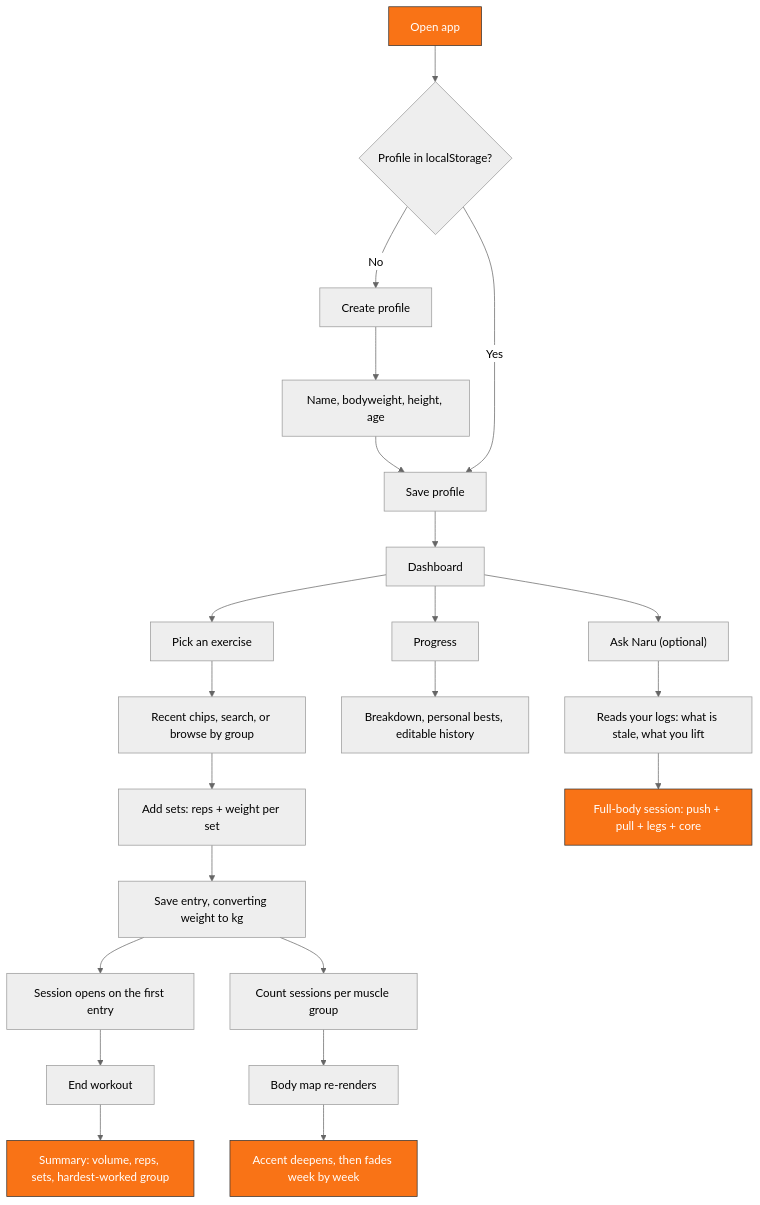
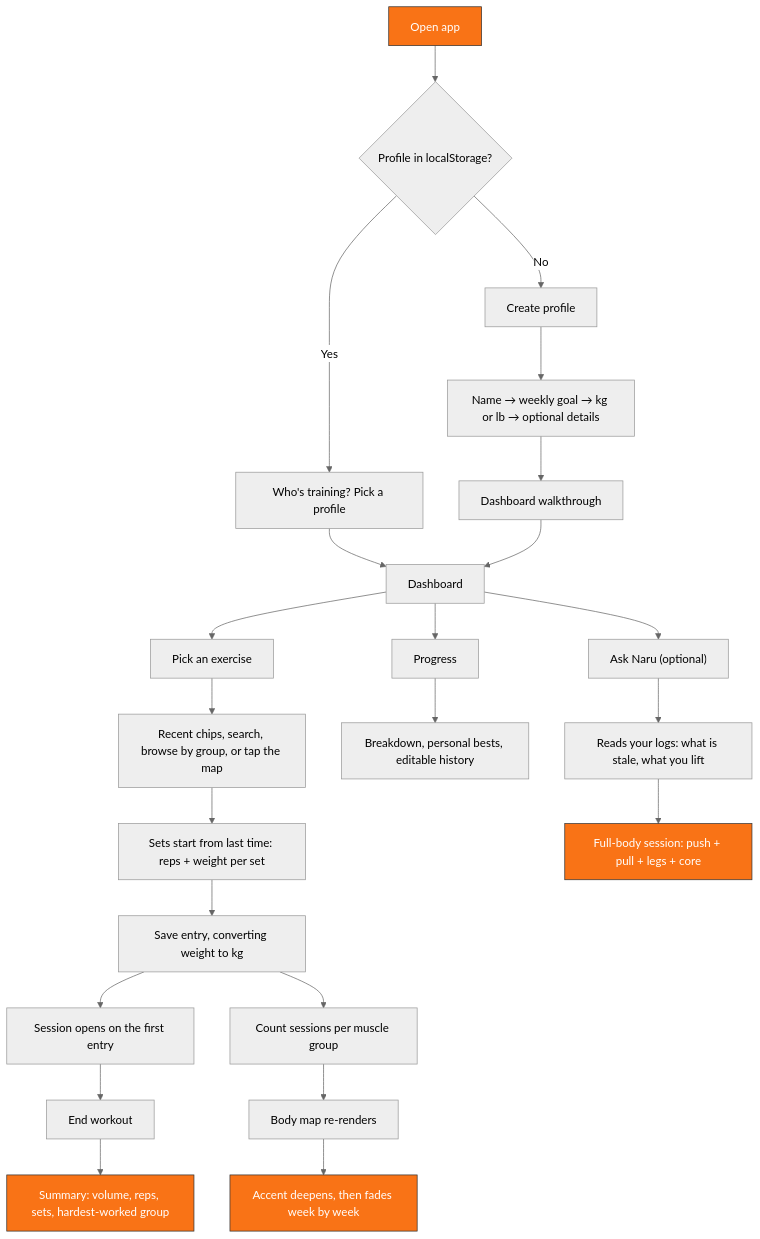
One commit to byjoelsamuel/workout-tracker changed the diagram in README.md. Above: the diagram before and after it, drawn with Mermaid (neutral theme). The commit also changed other lines of this file and 1 other file, not shown here.

````diff
--- a/README.md
+++ b/README.md
@@ -92,34 +108,35 @@
 ```mermaid
 flowchart TD
     A[Open app] --> B{Profile in localStorage?}
     B -- No --> C[Create profile]
-    C --> C1[Name, bodyweight, height, age]
-    C1 --> D[Save profile]
-    B -- Yes --> D
+    C --> C1["Name → weekly goal → kg or lb → optional details"]
+    C1 --> D[Dashboard walkthrough]
+    B -- Yes --> B1["Who's training? Pick a profile"]
+    B1 --> E
+    D --> E
 
-    D --> E[Dashboard]
-    E --> F[Pick an exercise]
-    F --> F1[Recent chips, search, or browse by group]
-    F1 --> F2[Add sets: reps + weight per set]
+    E[Dashboard] --> F[Pick an exercise]
+    F --> F1["Recent chips, search, browse by group, or tap the map"]
+    F1 --> F2["Sets start from last time: reps + weight per set"]
     F2 --> G[Save entry, converting weight to kg]
     G --> G1[Session opens on the first entry]
 
     G --> H[Count sessions per muscle group]
     H --> I[Body map re-renders]
     I --> I1[Accent deepens, then fades week by week]
 
     G1 --> L[End workout]
     L --> L1[Summary: volume, reps, sets, hardest-worked group]
 
     E --> M[Progress]
     M --> M1[Breakdown, personal bests, editable history]
 
     E --> N["Ask Naru (optional)"]
     N --> N1[Reads your logs: what is stale, what you lift]
     N1 --> N2[Full-body session: push + pull + legs + core]
 
     style A fill:#f97316,stroke:#333,color:#fff
     style I1 fill:#f97316,stroke:#333,color:#fff
     style L1 fill:#f97316,stroke:#333,color:#fff
     style N2 fill:#f97316,stroke:#333,color:#fff
 ```
````
